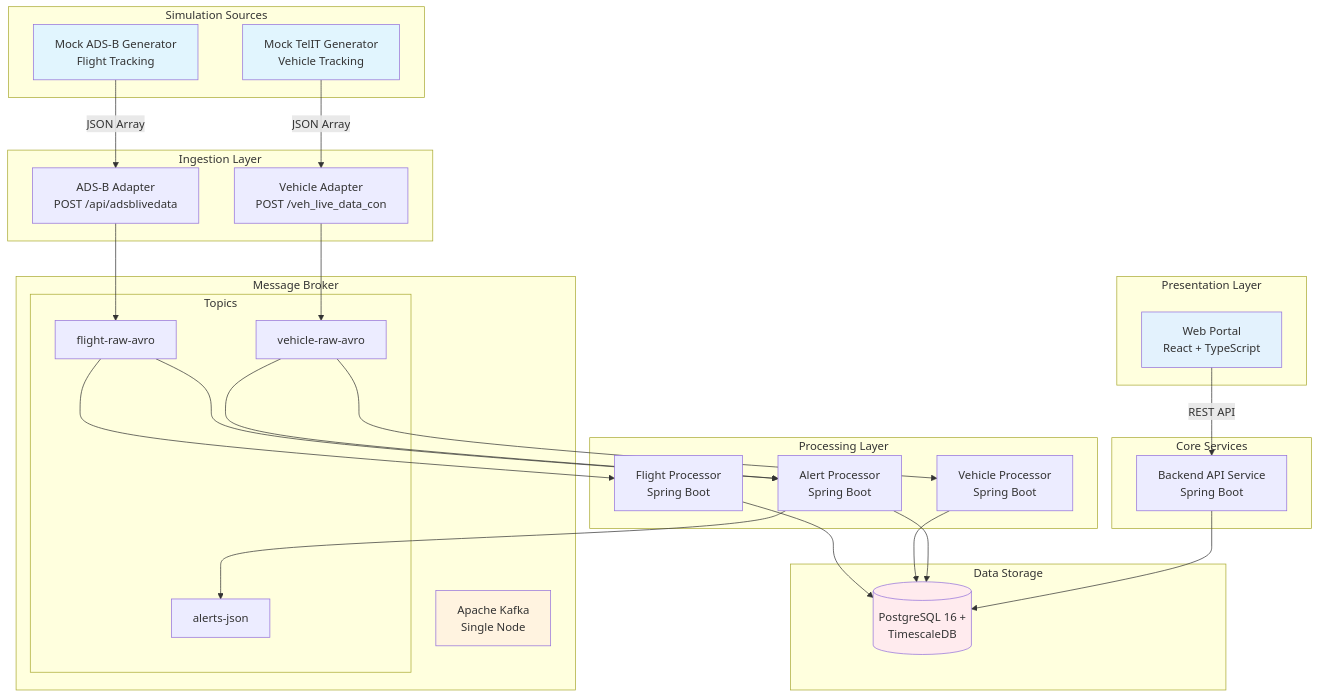
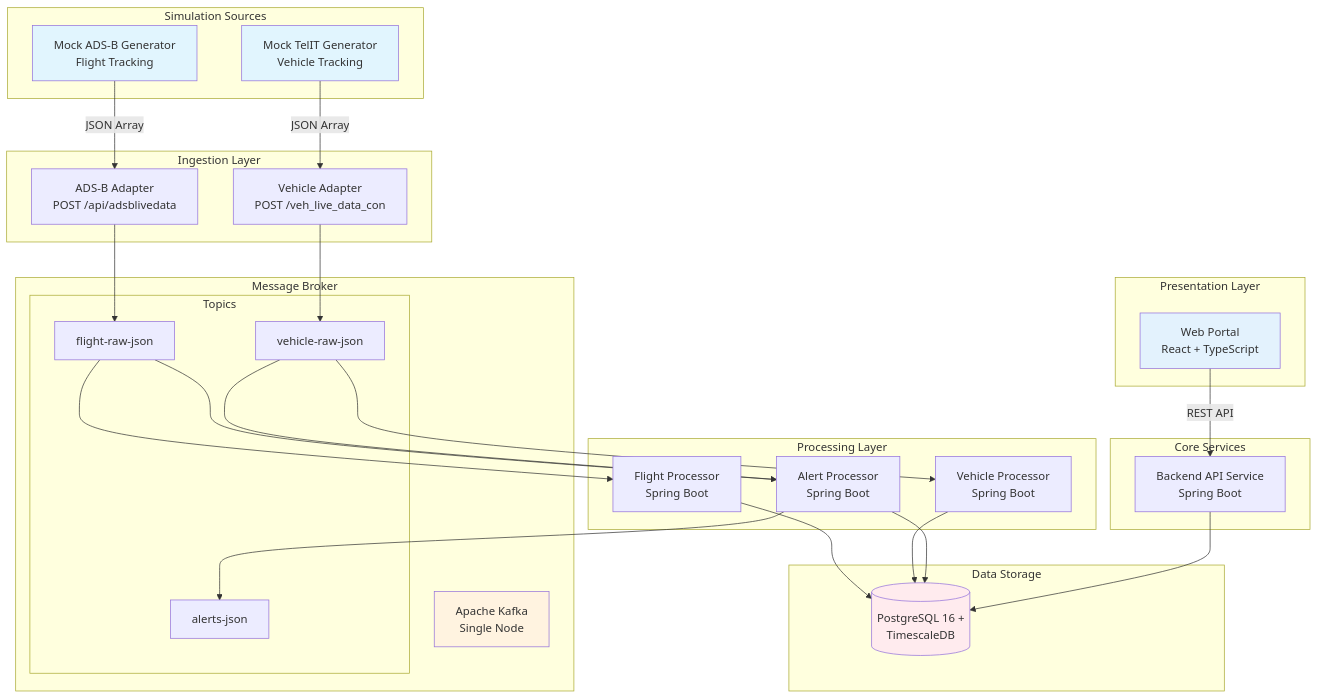
One commit to smukherjee/TAM changed the diagram in .specify/memory/constitution.md. Above: the diagram before and after it, drawn with Mermaid. The commit also changed 23 other files, not shown here.

First line of the commit message:
feat: integrate Tailwind CSS and add Turnaround Gantt component

````diff
--- a/.specify/memory/constitution.md
+++ b/.specify/memory/constitution.md
@@ -43,81 +43,81 @@
 ```mermaid
 graph TB
     %% ========== SIMULATION SOURCES (MVP) ==========
     subgraph "Simulation Sources"
         ADSB[Mock ADS-B Generator<br/>Flight Tracking]
         TELIT[Mock TelIT Generator<br/>Vehicle Tracking]
     end
     
     %% ========== INGESTION LAYER ==========
     subgraph "Ingestion Layer"
         ADSB_ADAPTER[ADS-B Adapter<br/>POST /api/adsblivedata]
         VEHICLE_ADAPTER[Vehicle Adapter<br/>POST /veh_live_data_con]
     end
     
     %% ========== MESSAGE BROKER ==========
     subgraph "Message Broker"
         KAFKA[Apache Kafka<br/>Single Node]
         
         subgraph "Topics"
-            TOPIC_FLIGHT[flight-raw-avro]
-            TOPIC_VEHICLE[vehicle-raw-avro]
+            TOPIC_FLIGHT[flight-raw-json]
+            TOPIC_VEHICLE[vehicle-raw-json]
             TOPIC_ALERTS[alerts-json]
         end
     end
     
     %% ========== PROCESSING LAYER ==========
     subgraph "Processing Layer"
         STREAM_FLIGHT[Flight Processor<br/>Spring Boot]
         STREAM_VEHICLE[Vehicle Processor<br/>Spring Boot]
         STREAM_ALERT[Alert Processor<br/>Spring Boot]
     end
     
     %% ========== CORE SERVICES ==========
     subgraph "Core Services"
         API_SVC[Backend API Service<br/>Spring Boot]
     end
     
     %% ========== DATA STORAGE ==========
     subgraph "Data Storage"
         TSDB[(PostgreSQL 16 +<br/>TimescaleDB)]
     end
     
     %% ========== PRESENTATION LAYER ==========
     subgraph "Presentation Layer"
         WEB_PORTAL[Web Portal<br/>React + TypeScript]
     end
     
     %% ========== CONNECTIONS ==========
     %% Sources -> Ingestion
     ADSB -->|JSON Array| ADSB_ADAPTER
     TELIT -->|JSON Array| VEHICLE_ADAPTER
     
     %% Ingestion -> Kafka
     ADSB_ADAPTER --> TOPIC_FLIGHT
     VEHICLE_ADAPTER --> TOPIC_VEHICLE
     
     %% Kafka -> Processing
     TOPIC_FLIGHT --> STREAM_FLIGHT
     TOPIC_VEHICLE --> STREAM_VEHICLE
     TOPIC_FLIGHT --> STREAM_ALERT
     TOPIC_VEHICLE --> STREAM_ALERT
     STREAM_ALERT --> TOPIC_ALERTS
     
     %% Processing -> Storage/Services
     STREAM_FLIGHT --> TSDB
     STREAM_VEHICLE --> TSDB
     STREAM_ALERT --> TSDB
     
     %% Services -> Storage
     API_SVC --> TSDB
     
     %% Presentation
     WEB_PORTAL -->|REST API| API_SVC
     
     %% Styling
     style ADSB fill:#e1f5fe
     style TELIT fill:#e1f5fe
     style KAFKA fill:#fff3e0
     style TSDB fill:#ffebee
     style WEB_PORTAL fill:#e3f2fd
 ```
````
